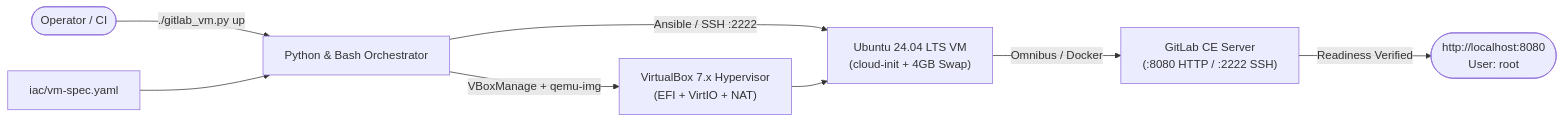
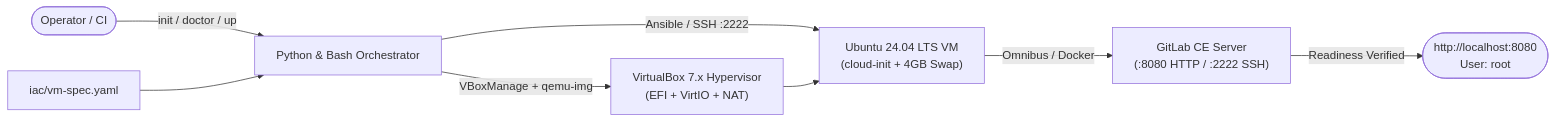
Before and after one commit to bsommers/gitlab: the second of 2 diagrams in docs/brochure.md, drawn with Mermaid. The commit also changed other lines of this file and 15 other files, not shown here.

Commit message:
feat(onboarding,docs): add multi-scope installer, init/doctor/guide CLI, and 4-chapter user guide (v0.2.0)

````diff
--- a/docs/brochure.md
+++ b/docs/brochure.md
@@ -84,10 +89,10 @@
 ```mermaid
 flowchart LR
-    User(["Operator / CI"]) -->|./gitlab_vm.py up| Engine["Python & Bash Orchestrator"]
+    User(["Operator / CI"]) -->|init / doctor / up| Engine["Python & Bash Orchestrator"]
     Spec["iac/vm-spec.yaml"] --> Engine
     Engine -->|VBoxManage + qemu-img| VBox["VirtualBox 7.x Hypervisor\n(EFI + VirtIO + NAT)"]
     Engine -->|Ansible / SSH :2222| Guest["Ubuntu 24.04 LTS VM\n(cloud-init + 4GB Swap)"]
     VBox --> Guest
     Guest -->|Omnibus / Docker| GitLab["GitLab CE Server\n(:8080 HTTP / :2222 SSH)"]
     GitLab -->|Readiness Verified| Out(["http://localhost:8080\nUser: root"])
 ```
````
